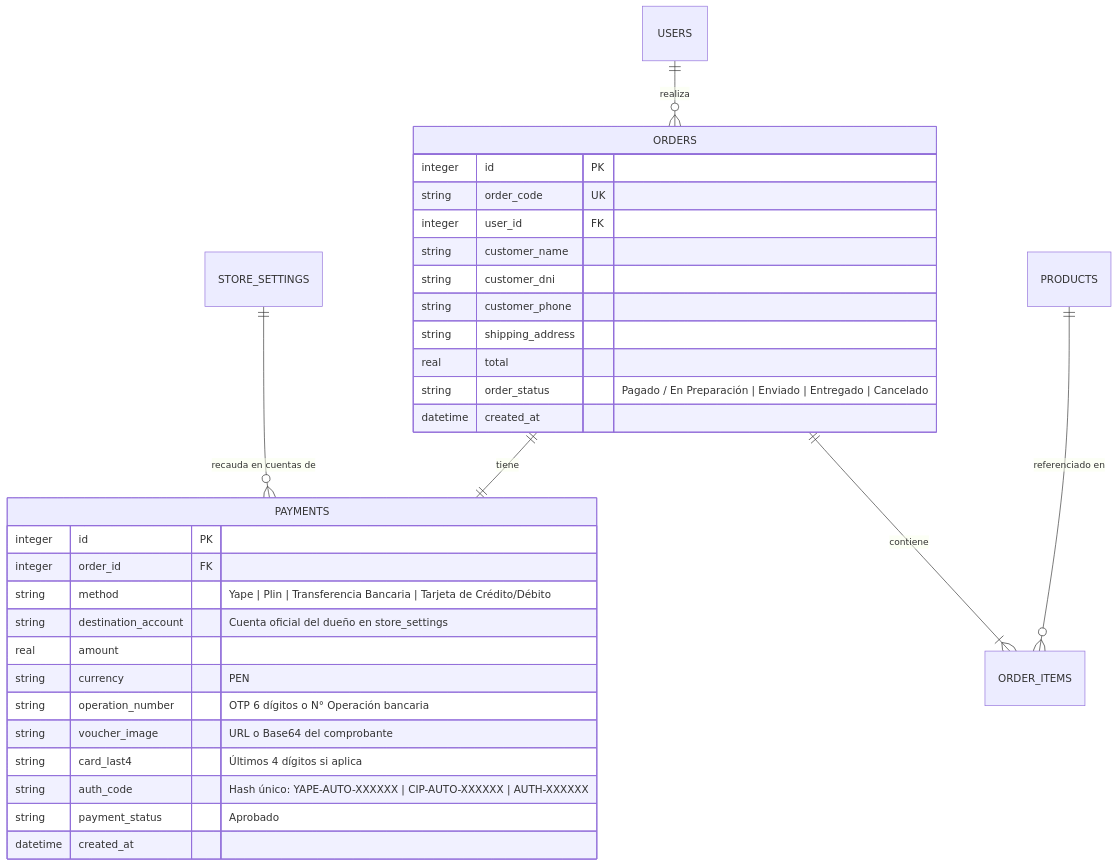
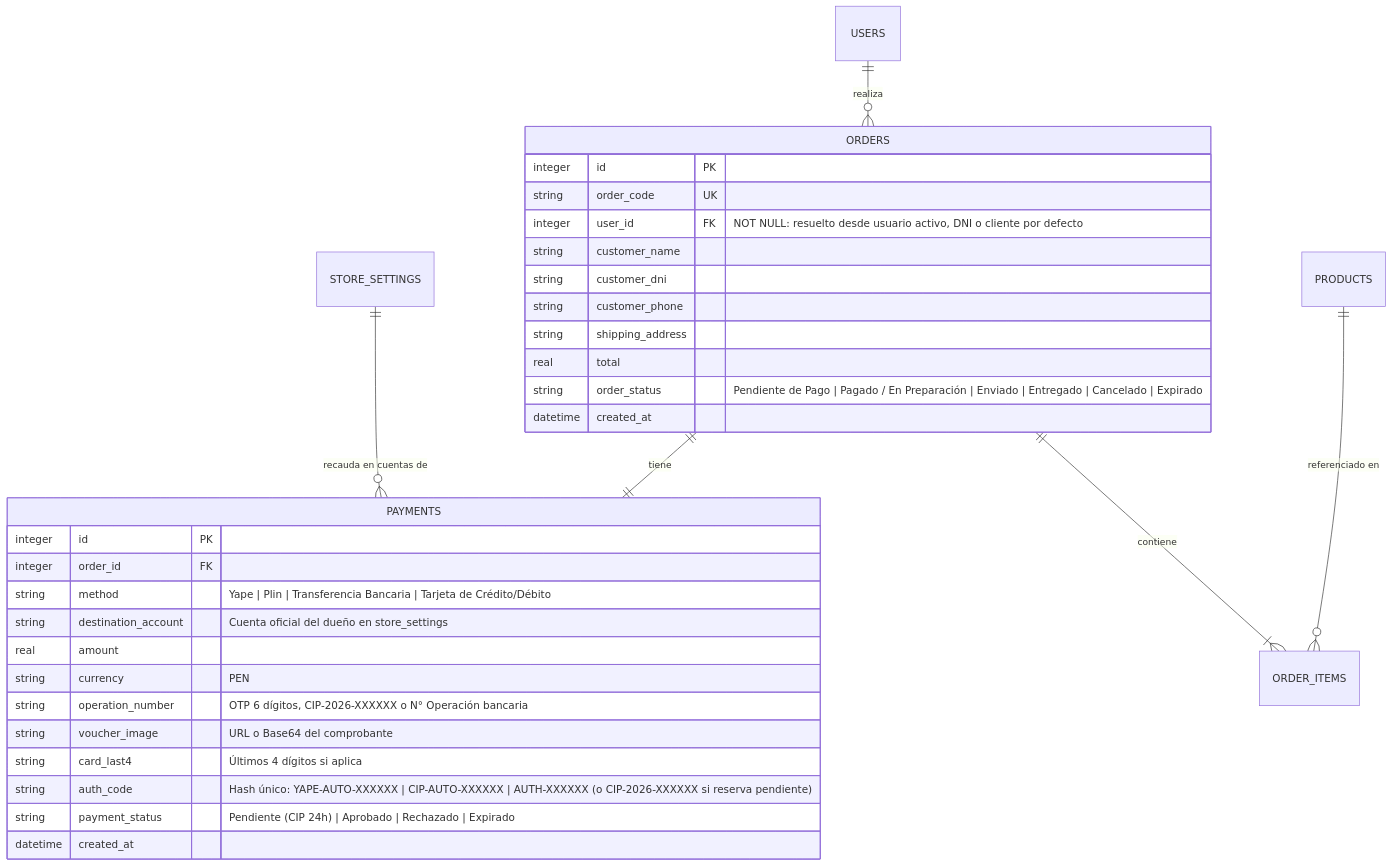
One commit to jeancarloshuertas27-ai/FitStoreEcommerceSDD-v2 changed the first of 2 diagrams in specs/004-verificacion-automatica-pagos/data-model.md. Above: the diagram before and after it, drawn with Mermaid. The commit also changed other lines of this file and 4 other files, not shown here.

````diff
--- a/specs/004-verificacion-automatica-pagos/data-model.md
+++ b/specs/004-verificacion-automatica-pagos/data-model.md
@@ -14,36 +14,36 @@
 ```mermaid
 erDiagram
     STORE_SETTINGS ||--o{ PAYMENTS : "recauda en cuentas de"
     ORDERS ||--|| PAYMENTS : "tiene"
     ORDERS ||--|{ ORDER_ITEMS : "contiene"
     PRODUCTS ||--o{ ORDER_ITEMS : "referenciado en"
     USERS ||--o{ ORDERS : "realiza"
 
     ORDERS {
         integer id PK
         string order_code UK
-        integer user_id FK
+        integer user_id FK "NOT NULL: resuelto desde usuario activo, DNI o cliente por defecto"
         string customer_name
         string customer_dni
         string customer_phone
         string shipping_address
         real total
-        string order_status "Pagado / En Preparación | Enviado | Entregado | Cancelado"
+        string order_status "Pendiente de Pago | Pagado / En Preparación | Enviado | Entregado | Cancelado | Expirado"
         datetime created_at
     }
 
     PAYMENTS {
         integer id PK
         integer order_id FK
         string method "Yape | Plin | Transferencia Bancaria | Tarjeta de Crédito/Débito"
         string destination_account "Cuenta oficial del dueño en store_settings"
         real amount
         string currency "PEN"
-        string operation_number "OTP 6 dígitos o N° Operación bancaria"
+        string operation_number "OTP 6 dígitos, CIP-2026-XXXXXX o N° Operación bancaria"
         string voucher_image "URL o Base64 del comprobante"
         string card_last4 "Últimos 4 dígitos si aplica"
-        string auth_code "Hash único: YAPE-AUTO-XXXXXX | CIP-AUTO-XXXXXX | AUTH-XXXXXX"
-        string payment_status "Aprobado"
+        string auth_code "Hash único: YAPE-AUTO-XXXXXX | CIP-AUTO-XXXXXX | AUTH-XXXXXX (o CIP-2026-XXXXXX si reserva pendiente)"
+        string payment_status "Pendiente (CIP 24h) | Aprobado | Rechazado | Expirado"
         datetime created_at
     }
 ```
````
